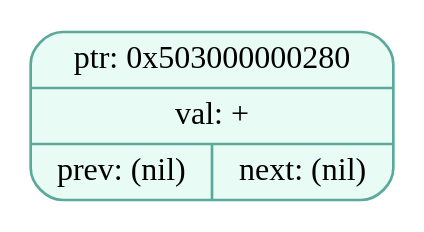
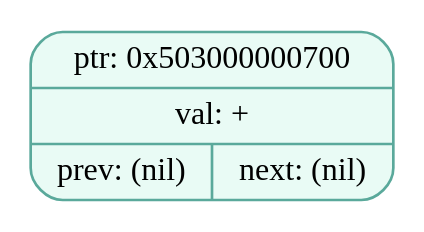
One commit to EvilTomato9890/Difference changed the diagram in dumps/tree_dump_000.dot. Above: the diagram before and after it, drawn with Graphviz. The commit also changed 41 other files, not shown here.

```diff
--- a/dumps/tree_dump_000.dot
+++ b/dumps/tree_dump_000.dot
@@ -1,5 +1,5 @@
 digraph T{
   node [fontname="Fira Mono",shape=record,style="filled,rounded",fontsize=12];
   graph [splines=true, nodesep=0.6, ranksep=0.6];
-  node_0x503000000280[shape=record,label="{ {ptr: 0x503000000280} | {val: +} | { prev: (nil) | next: (nil) } }",color="#5aa99b",fillcolor="#e9fbf5"];
+  node_0x503000000700[shape=record,label="{ {ptr: 0x503000000700} | {val: +} | { prev: (nil) | next: (nil) } }",color="#5aa99b",fillcolor="#e9fbf5"];
 }
```
